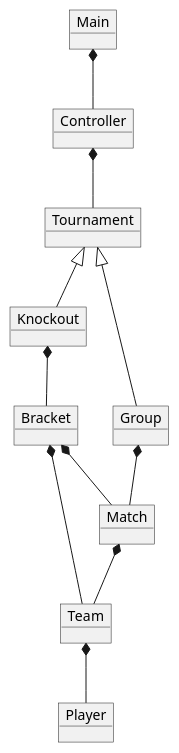
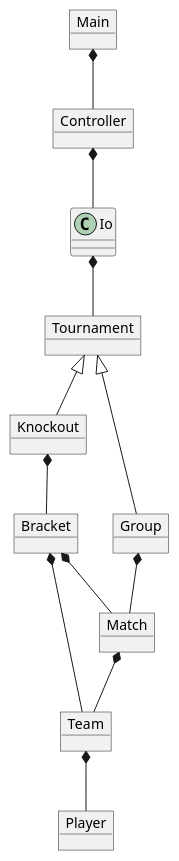
One commit to Mads725/SP3 changed the diagram in src/Diagrams/domain model.puml. Above: the diagram before and after it, drawn with PlantUML.

Commit message:
Update domain model.puml

```diff
--- a/src/Diagrams/domain model.puml
+++ b/src/Diagrams/domain model.puml
@@ -1,23 +1,24 @@
 @startuml
 object Tournament
 object Main
 object Controller
 object Knockout
 object Group
 object Team
 object Match
 object Bracket
 object Player
 
 Main *-- Controller
-Controller *-- Tournament
+Controller *-- Io
+Io *-- Tournament
 Tournament <|-- Knockout
 Tournament <|-- Group
 Knockout *-- Bracket
 Group *-- Match
 Team *-- Player
 Bracket *-- Match
 Bracket *-- Team
 Match *-- Team
 
 @enduml
```
